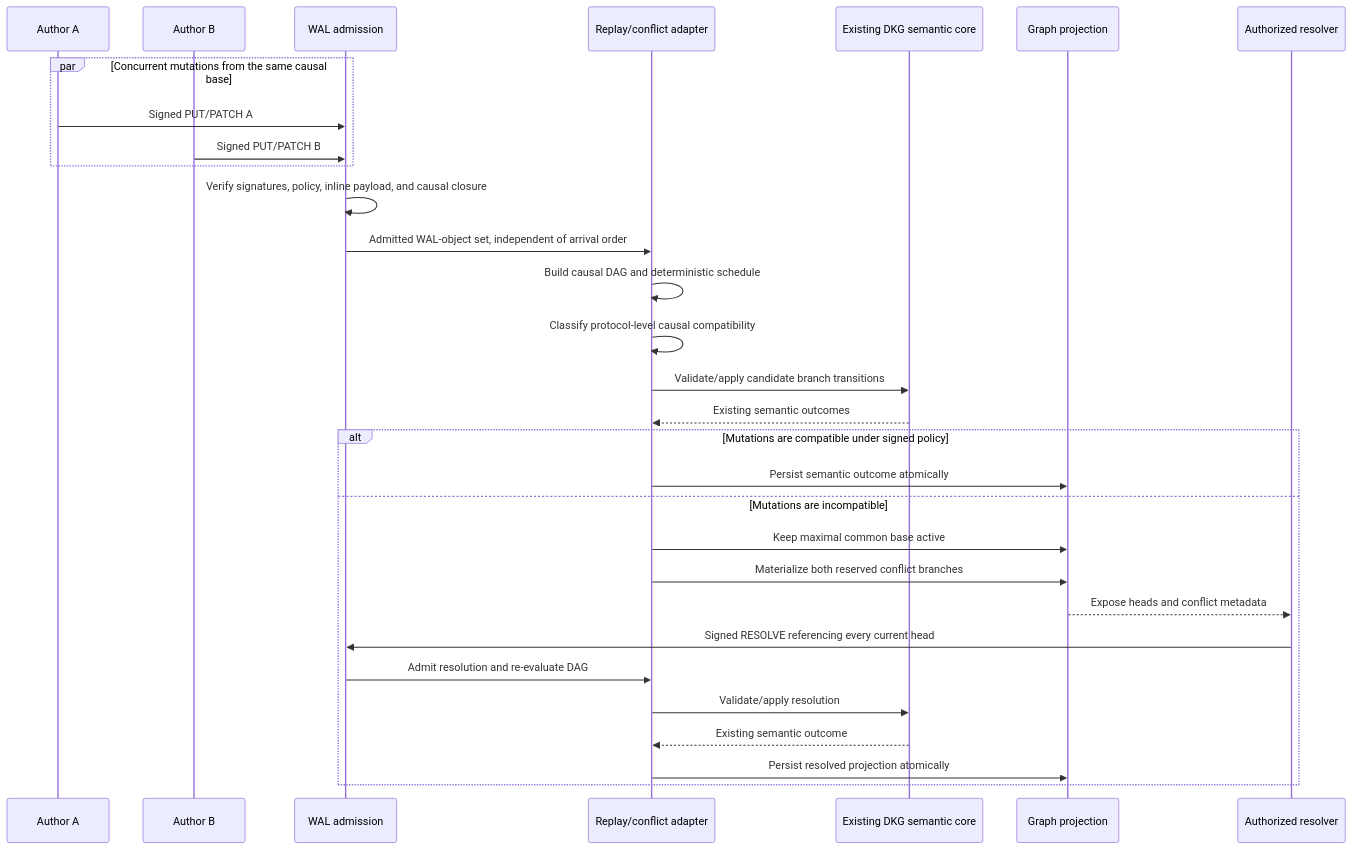
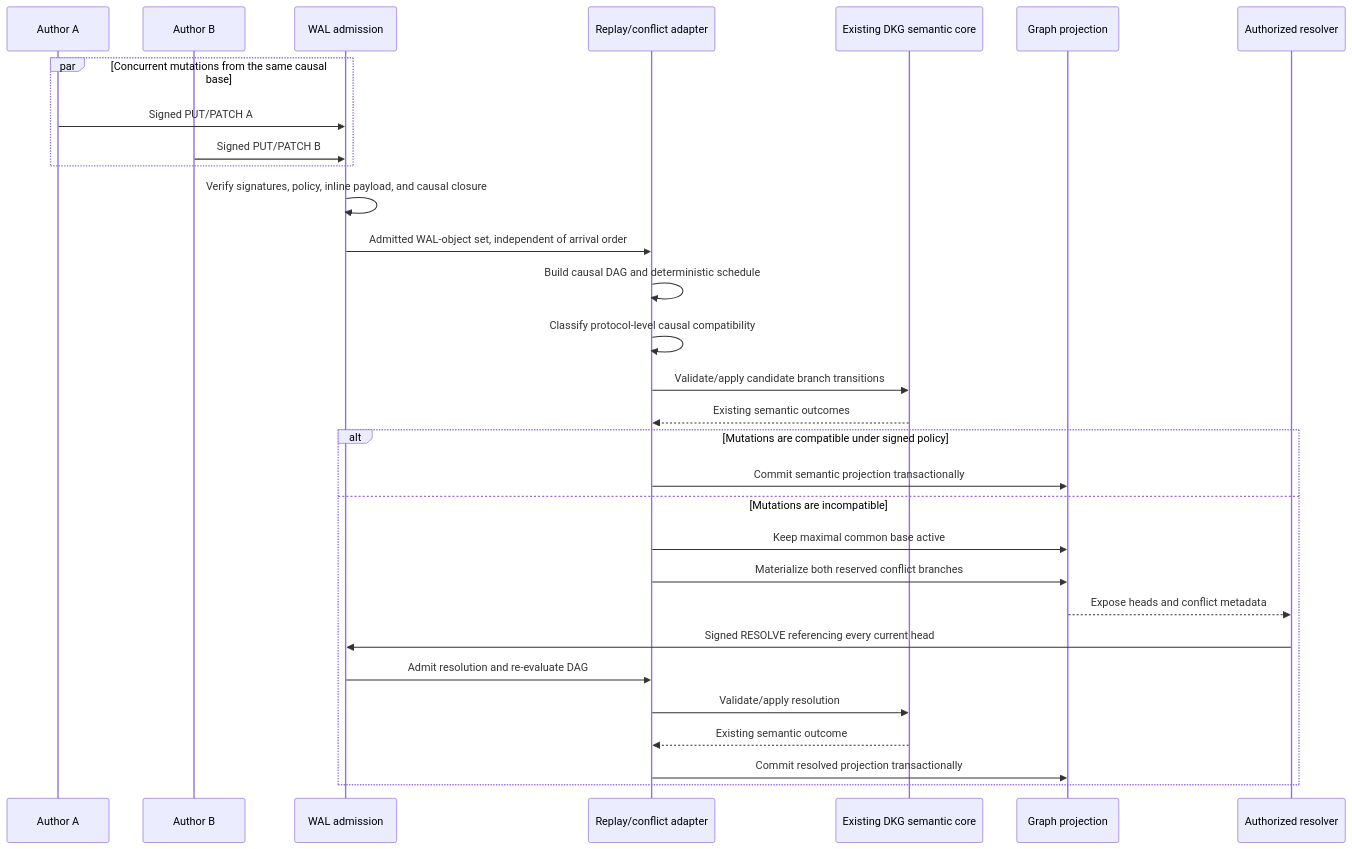
Before and after one commit to OriginTrail/dkg: the ninth of 12 diagrams in docs/active-now/wal-parallel-protocol-task-pack/OT-RFC-65-wal-byte-set-reconciliation-sync.md, drawn with Mermaid. The commit also changed other lines of this file and 23 other files, not shown here.

````diff
--- a/docs/active-now/wal-parallel-protocol-task-pack/OT-RFC-65-wal-byte-set-reconciliation-sync.md
+++ b/docs/active-now/wal-parallel-protocol-task-pack/OT-RFC-65-wal-byte-set-reconciliation-sync.md
@@ -1813,33 +1815,33 @@
 ```mermaid
 sequenceDiagram
     participant A as Author A
     participant B as Author B
     participant W as WAL admission
     participant R as Replay/conflict adapter
     participant S as Existing DKG semantic core
     participant G as Graph projection
     participant X as Authorized resolver
 
     par Concurrent mutations from the same causal base
         A->>W: Signed PUT/PATCH A
         B->>W: Signed PUT/PATCH B
     end
     W->>W: Verify signatures, policy, inline payload, and causal closure
     W->>R: Admitted WAL-object set, independent of arrival order
     R->>R: Build causal DAG and deterministic schedule
     R->>R: Classify protocol-level causal compatibility
     R->>S: Validate/apply candidate branch transitions
     S-->>R: Existing semantic outcomes
     alt Mutations are compatible under signed policy
-        R->>G: Persist semantic outcome atomically
+        R->>G: Commit semantic projection transactionally
     else Mutations are incompatible
         R->>G: Keep maximal common base active
         R->>G: Materialize both reserved conflict branches
         G-->>X: Expose heads and conflict metadata
         X->>W: Signed RESOLVE referencing every current head
         W->>R: Admit resolution and re-evaluate DAG
         R->>S: Validate/apply resolution
         S-->>R: Existing semantic outcome
-        R->>G: Persist resolved projection atomically
+        R->>G: Commit resolved projection transactionally
     end
 ```
````
